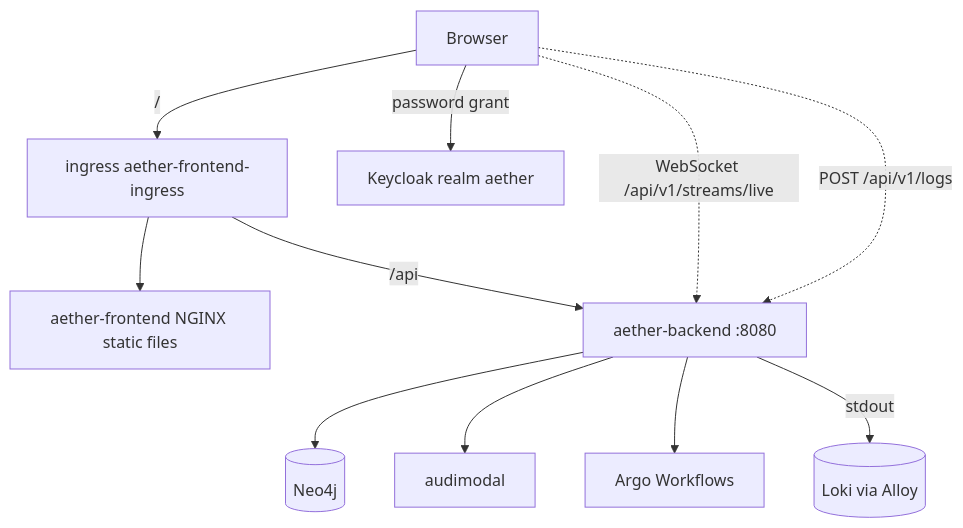
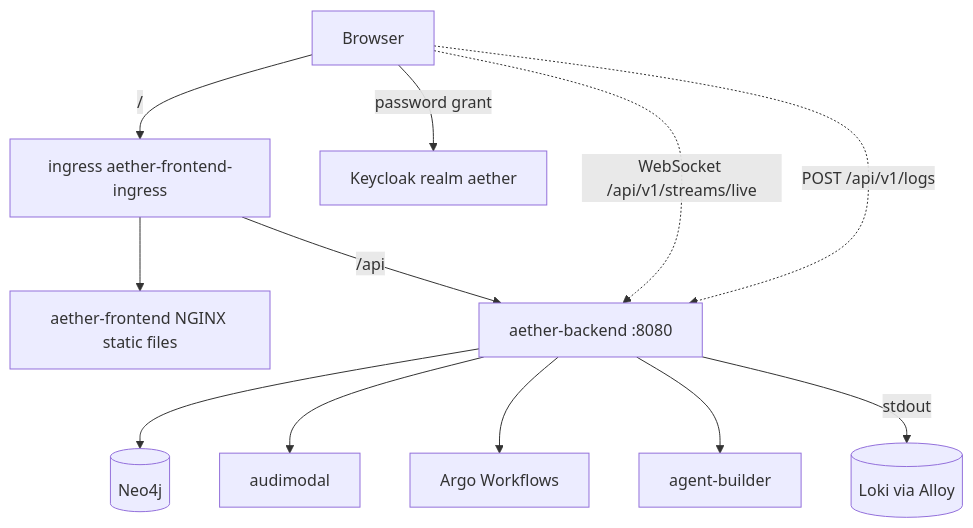
One commit to Tributary-ai-services/aether changed the diagram in README.md. Above: the diagram before and after it, drawn with Mermaid. The commit also changed other lines of this file, not shown here.

````diff
--- a/README.md
+++ b/README.md
@@ -170,13 +235,14 @@
 ```mermaid
 graph TD
     B[Browser] -->|"/"| ING[ingress aether-frontend-ingress]
     B -->|password grant| KC[Keycloak realm aether]
     ING --> FE[aether-frontend NGINX static files]
     ING -->|"/api"| BE[aether-backend :8080]
     B -.->|"WebSocket /api/v1/streams/live"| BE
     B -.->|"POST /api/v1/logs"| BE
     BE --> NEO[(Neo4j)]
     BE --> AUD[audimodal]
     BE --> ARGO[Argo Workflows]
+    BE --> AB[agent-builder]
     BE -->|stdout| LOKI[(Loki via Alloy)]
 ```
````
